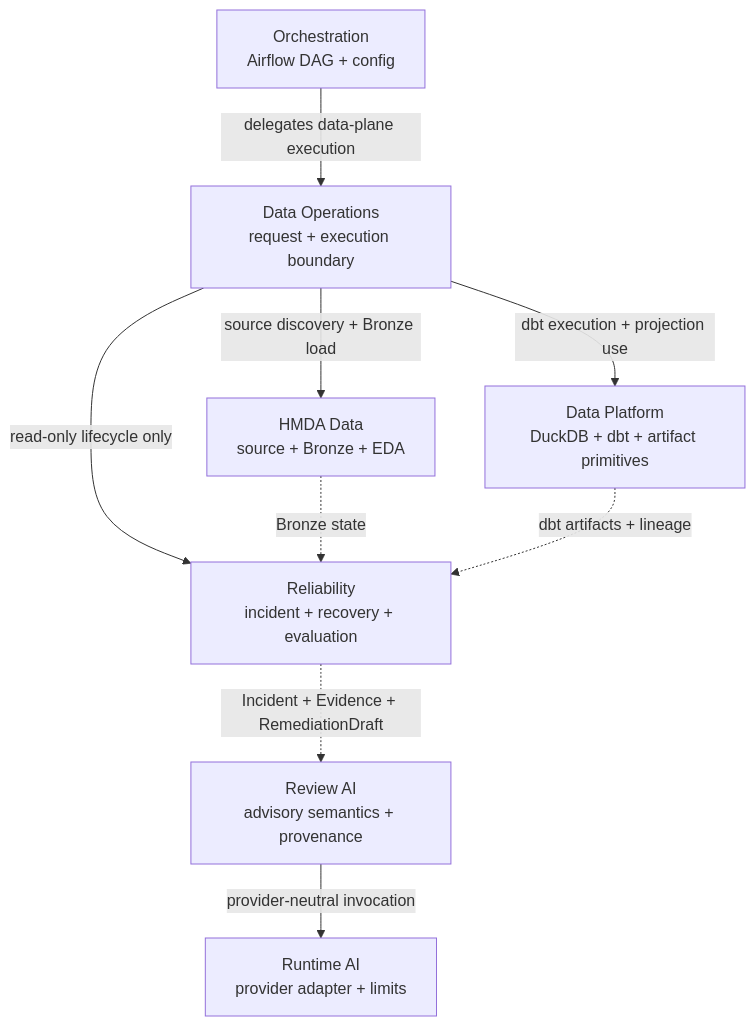
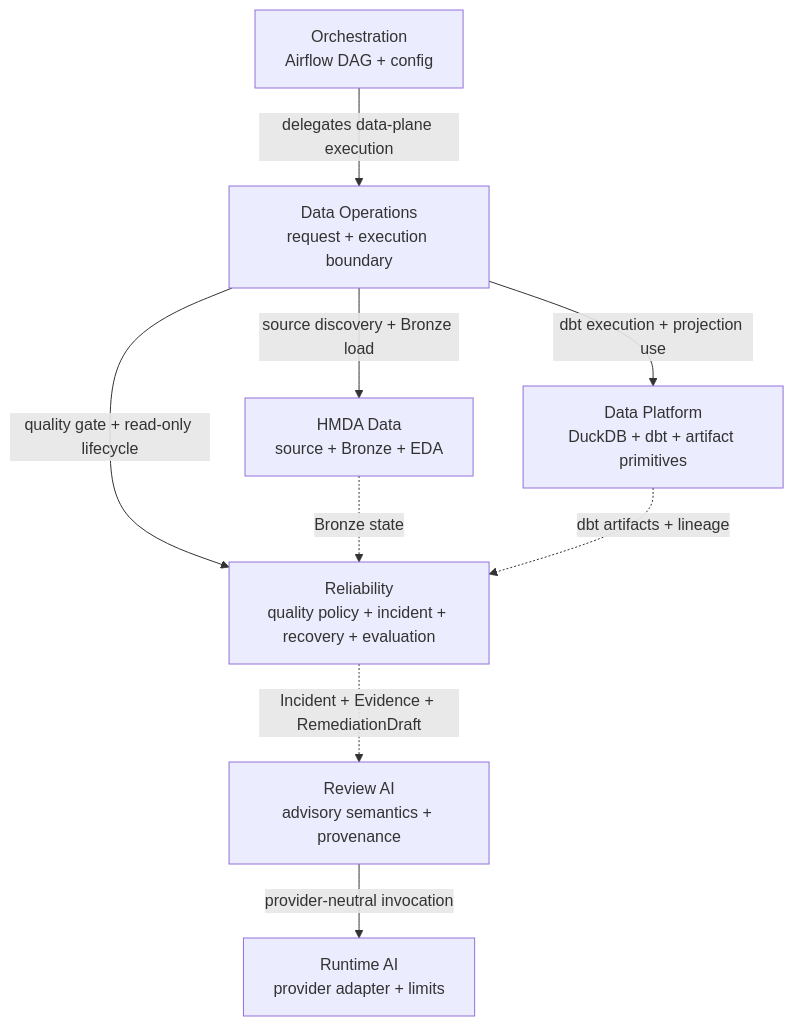
The diagram in docs/domains/OVERVIEW.md (mols3131d/hmda-data-reliability), drawn with Mermaid before and after one commit. The commit also changed other lines of this file and 33 other files, not shown here.

````diff
--- a/docs/domains/OVERVIEW.md
+++ b/docs/domains/OVERVIEW.md
@@ -26,11 +26,11 @@
 ```mermaid
 flowchart TB
     orchestration["Orchestration<br/>Airflow DAG + config"] -->|delegates data-plane execution| operations["Data Operations<br/>request + execution boundary"]
     operations -->|source discovery + Bronze load| hmda["HMDA Data<br/>source + Bronze + EDA"]
     operations -->|dbt execution + projection use| platform["Data Platform<br/>DuckDB + dbt + artifact primitives"]
-    operations -->|read-only lifecycle only| reliability["Reliability<br/>incident + recovery + evaluation"]
+    operations -->|quality gate + read-only lifecycle| reliability["Reliability<br/>quality policy + incident + recovery + evaluation"]
     hmda -.->|Bronze state| reliability
     platform -.->|dbt artifacts + lineage| reliability
     reliability -.->|Incident + Evidence + RemediationDraft| review["Review AI<br/>advisory semantics + provenance"]
     review -->|provider-neutral invocation| runtime["Runtime AI<br/>provider adapter + limits"]
 ```
````
